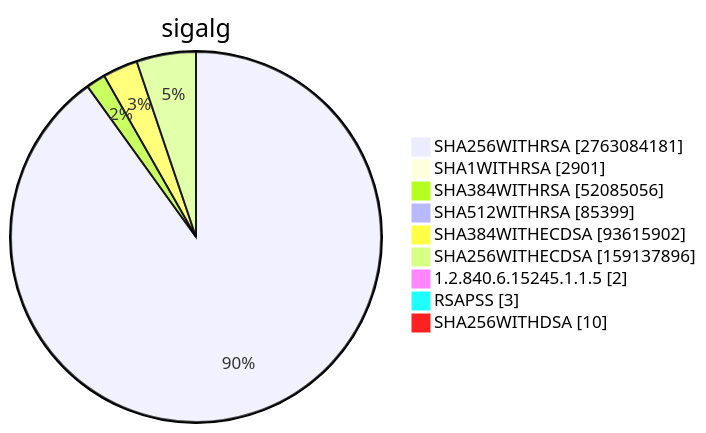
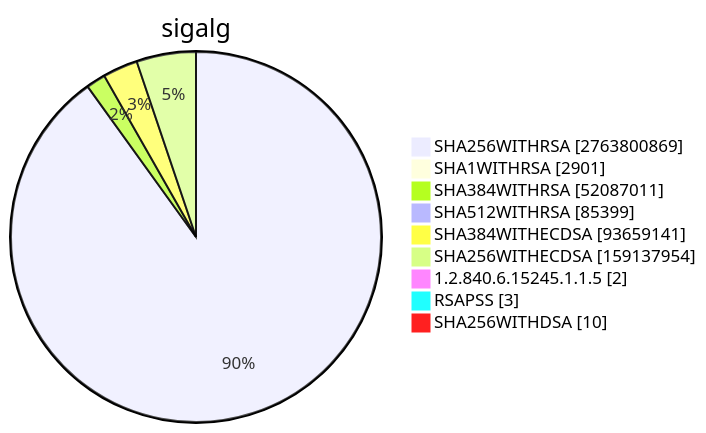
Diagram 15 of 15 in TOTAL/README.md (christiankrug/ctmonitor_visualization), drawn with Mermaid before and after one commit. The commit also changed other lines of this file, not shown here.

````diff
--- a/TOTAL/README.md
+++ b/TOTAL/README.md
@@ -6205,13 +6205,13 @@
 ```mermaid
 pie showData
 title sigalg
-"SHA256WITHRSA" :2763084181
+"SHA256WITHRSA" :2763800869
 "SHA1WITHRSA" :2901
-"SHA384WITHRSA" :52085056
+"SHA384WITHRSA" :52087011
 "SHA512WITHRSA" :85399
-"SHA384WITHECDSA" :93615902
-"SHA256WITHECDSA" :159137896
+"SHA384WITHECDSA" :93659141
+"SHA256WITHECDSA" :159137954
 "1.2.840.6.15245.1.1.5" :2
 "RSAPSS" :3
 "SHA256WITHDSA" :10
 ```
````
